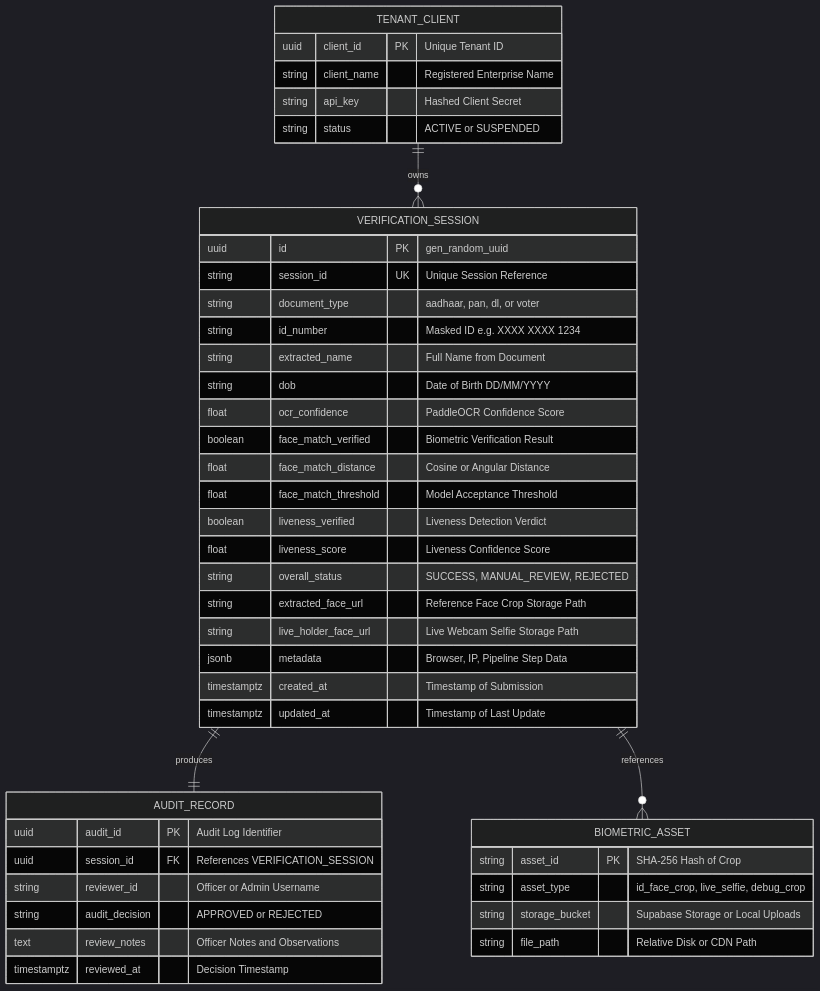
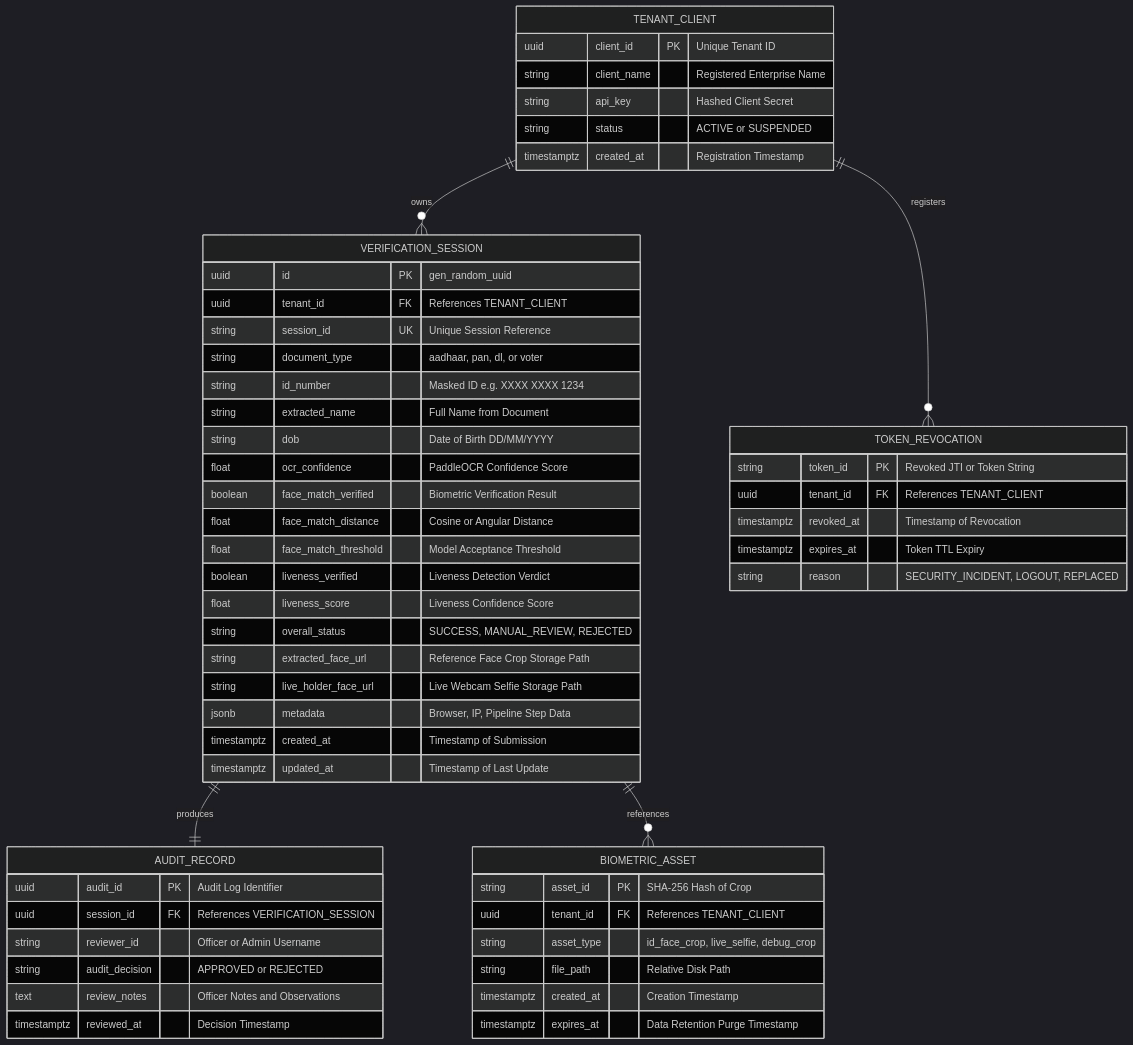
The seventh of 7 diagrams in README.md (Saravanan2005real/identity-verify-mvp), drawn with Mermaid (dark theme) before and after one commit. The commit also changed other lines of this file and 23 other files, not shown here.

````diff
--- a/README.md
+++ b/README.md
@@ -359,50 +410,63 @@
 ```mermaid
 erDiagram
     TENANT_CLIENT ||--o{ VERIFICATION_SESSION : owns
     VERIFICATION_SESSION ||--|| AUDIT_RECORD : produces
     VERIFICATION_SESSION ||--o{ BIOMETRIC_ASSET : references
+    TENANT_CLIENT ||--o{ TOKEN_REVOCATION : registers
 
     TENANT_CLIENT {
         uuid client_id PK "Unique Tenant ID"
         string client_name "Registered Enterprise Name"
         string api_key "Hashed Client Secret"
         string status "ACTIVE or SUSPENDED"
+        timestamptz created_at "Registration Timestamp"
     }
 
     VERIFICATION_SESSION {
         uuid id PK "gen_random_uuid"
+        uuid tenant_id FK "References TENANT_CLIENT"
         string session_id UK "Unique Session Reference"
         string document_type "aadhaar, pan, dl, or voter"
         string id_number "Masked ID e.g. XXXX XXXX 1234"
         string extracted_name "Full Name from Document"
         string dob "Date of Birth DD/MM/YYYY"
         float ocr_confidence "PaddleOCR Confidence Score"
         boolean face_match_verified "Biometric Verification Result"
         float face_match_distance "Cosine or Angular Distance"
         float face_match_threshold "Model Acceptance Threshold"
         boolean liveness_verified "Liveness Detection Verdict"
         float liveness_score "Liveness Confidence Score"
         string overall_status "SUCCESS, MANUAL_REVIEW, REJECTED"
         string extracted_face_url "Reference Face Crop Storage Path"
         string live_holder_face_url "Live Webcam Selfie Storage Path"
         jsonb metadata "Browser, IP, Pipeline Step Data"
         timestamptz created_at "Timestamp of Submission"
         timestamptz updated_at "Timestamp of Last Update"
     }
 
     AUDIT_RECORD {
         uuid audit_id PK "Audit Log Identifier"
         uuid session_id FK "References VERIFICATION_SESSION"
         string reviewer_id "Officer or Admin Username"
         string audit_decision "APPROVED or REJECTED"
         text review_notes "Officer Notes and Observations"
         timestamptz reviewed_at "Decision Timestamp"
     }
 
     BIOMETRIC_ASSET {
         string asset_id PK "SHA-256 Hash of Crop"
+        uuid tenant_id FK "References TENANT_CLIENT"
         string asset_type "id_face_crop, live_selfie, debug_crop"
-        string storage_bucket "Supabase Storage or Local Uploads"
-        string file_path "Relative Disk or CDN Path"
+        string file_path "Relative Disk Path"
+        timestamptz created_at "Creation Timestamp"
+        timestamptz expires_at "Data Retention Purge Timestamp"
+    }
+
+    TOKEN_REVOCATION {
+        string token_id PK "Revoked JTI or Token String"
+        uuid tenant_id FK "References TENANT_CLIENT"
+        timestamptz revoked_at "Timestamp of Revocation"
+        timestamptz expires_at "Token TTL Expiry"
+        string reason "SECURITY_INCIDENT, LOGOUT, REPLACED"
     }
 ```
````
